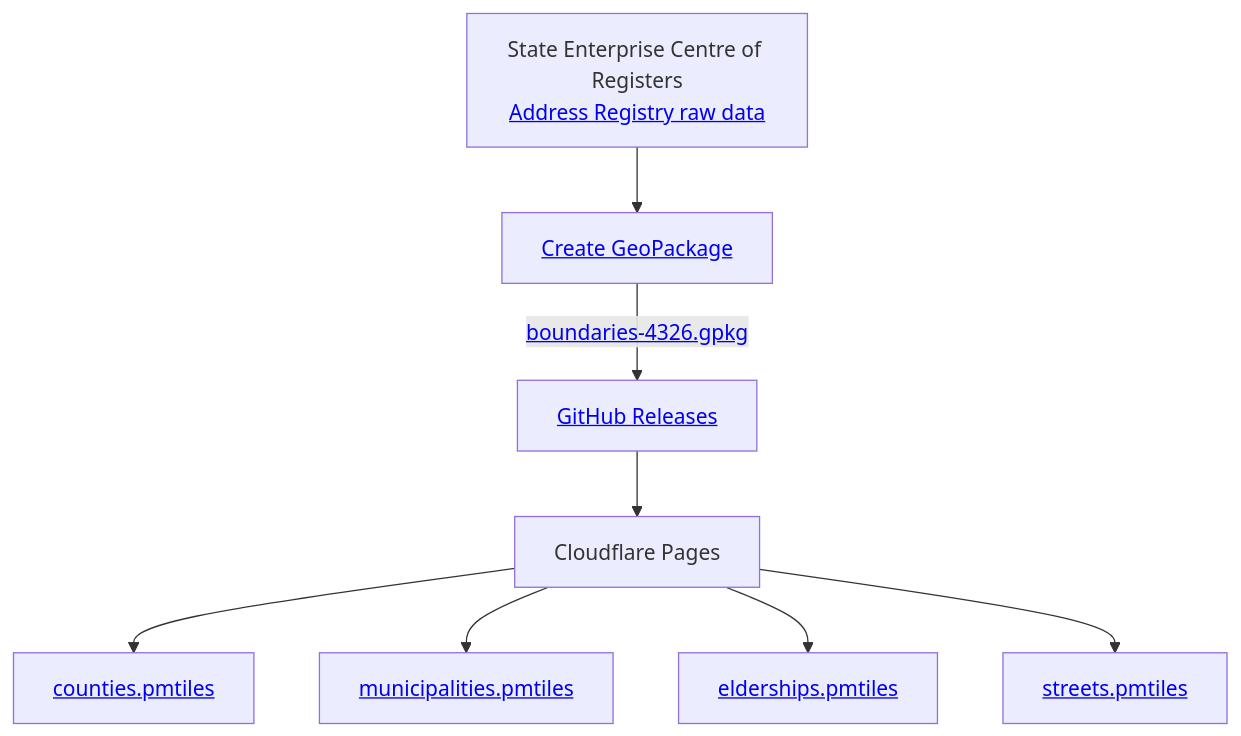
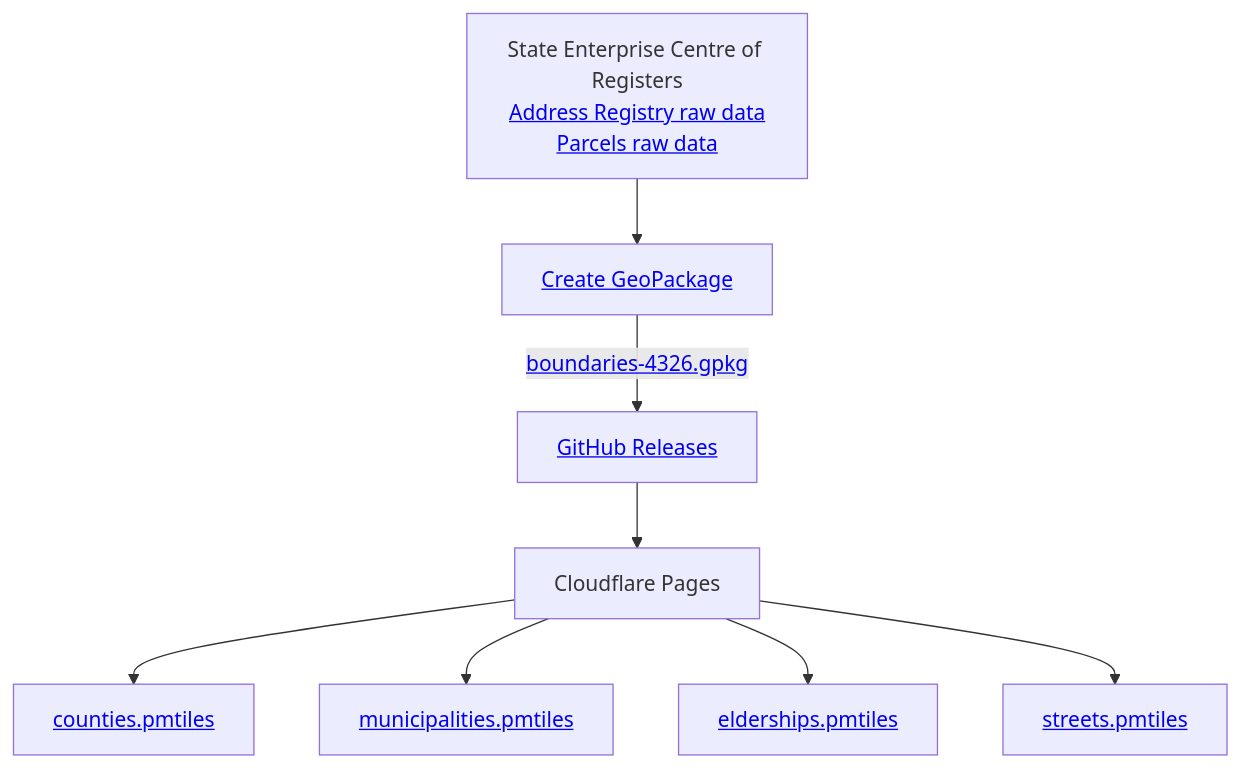
Before and after one commit to govlt/national-boundaries: the diagram in README.md, drawn with Mermaid. The commit also changed other lines of this file and 2 other files, not shown here.

````diff
--- a/README.md
+++ b/README.md
@@ -44,13 +46,13 @@
 ```mermaid
 flowchart TD
-    ar["State Enterprise Centre of Registers\n<a href='https://www.registrucentras.lt/p/1187'>Address Registry raw data</a>"]
+    ar["State Enterprise Centre of Registers\n<a href='https://www.registrucentras.lt/p/1187'>Address Registry raw data</a>\n<a href='https://www.registrucentras.lt/p/1092'>Parcels raw data</a>"]
     --> transform["<a href='https://github.com/govlt/national-boundaries/blob/main/create-geopackage.sh'>Create GeoPackage</a>"]
     --> |"<a href='https://github.com/govlt/national-boundaries/releases/latest/download/boundaries-4326.gpkg'>boundaries-4326.gpkg</a>"|github-releases
 
     github-releases["<a href='https://github.com/govlt/national-boundaries/releases'>GitHub Releases</a>"]--> cloudflare-pages["Cloudflare Pages"]
 
     cloudflare-pages-->pages-counties["<a href='https://boundaries.startupgov.lt/pmtiles/counties.pmtiles'>counties.pmtiles</a>"]
     cloudflare-pages-->pages-municipalities["<a href='https://boundaries.startupgov.lt/pmtiles/municipalities.pmtiles'>municipalities.pmtiles</a>"]
     cloudflare-pages-->pages-elderships["<a href='https://boundaries.startupgov.lt/pmtiles/elderships.pmtiles'>elderships.pmtiles</a>"]
     cloudflare-pages-->pages-streets["<a href='https://boundaries.startupgov.lt/pmtiles/streets.pmtiles'>streets.pmtiles</a>"]
 ```
````
